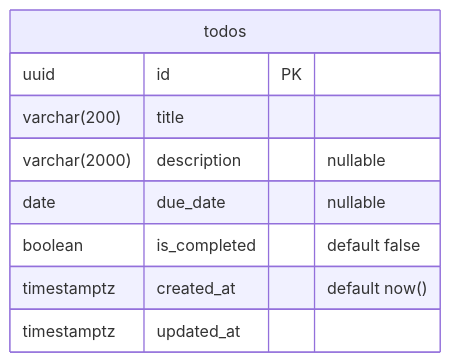
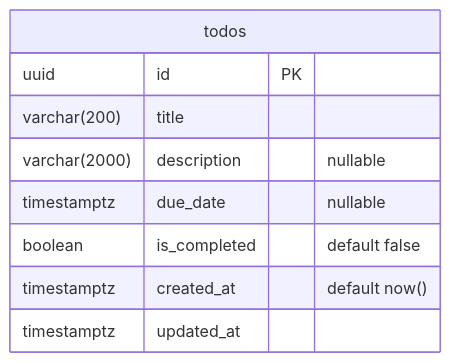
The diagram in DEVELOPMENT.md (DevAOC/foci-code-challenge), drawn with Mermaid before and after one commit. The commit also changed other lines of this file and 11 other files, not shown here.

First line of the commit message:
Give due dates a time of day: due_date becomes timestamptz, dueDate an ISO instant

````diff
--- a/DEVELOPMENT.md
+++ b/DEVELOPMENT.md
@@ -197,12 +197,12 @@
 ```mermaid
 erDiagram
     todos {
         uuid id PK
         varchar(200) title
         varchar(2000) description "nullable"
-        date due_date "nullable"
+        timestamptz due_date "nullable"
         boolean is_completed "default false"
         timestamptz created_at "default now()"
         timestamptz updated_at
     }
 ```
````
